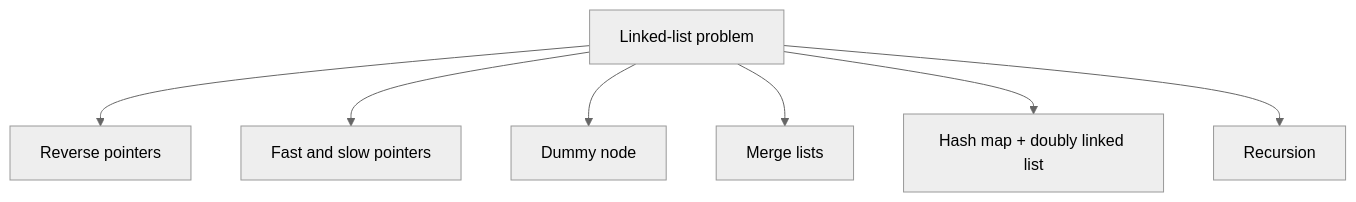
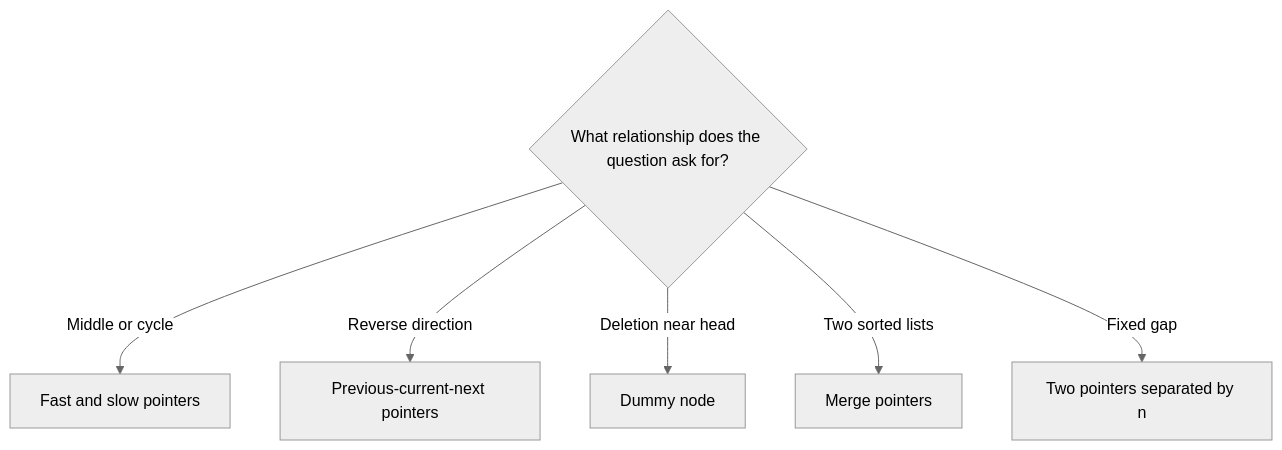
Before and after one commit to 9999dude/omega: the third of 16 diagrams in docs/datastructures/linked-list.md, drawn with Mermaid (neutral theme). The commit also changed other lines of this file and 58 other files, not shown here.

````diff
--- a/docs/datastructures/linked-list.md
+++ b/docs/datastructures/linked-list.md
@@ -572,9 +91,9 @@
 ```mermaid
 flowchart TD
-    P["Linked-list problem"] --> R["Reverse pointers"]
-    P --> FS["Fast and slow pointers"]
-    P --> D["Dummy node"]
-    P --> M["Merge lists"]
-    P --> H["Hash map + doubly linked list"]
-    P --> REC["Recursion"]
+    Q{"What relationship does the question ask for?"}
+    Q -->|"Middle or cycle"| P0["Fast and slow pointers"]
+    Q -->|"Reverse direction"| P1["Previous-current-next pointers"]
+    Q -->|"Deletion near head"| P2["Dummy node"]
+    Q -->|"Two sorted lists"| P3["Merge pointers"]
+    Q -->|"Fixed gap"| P4["Two pointers separated by n"]
 ```
````
